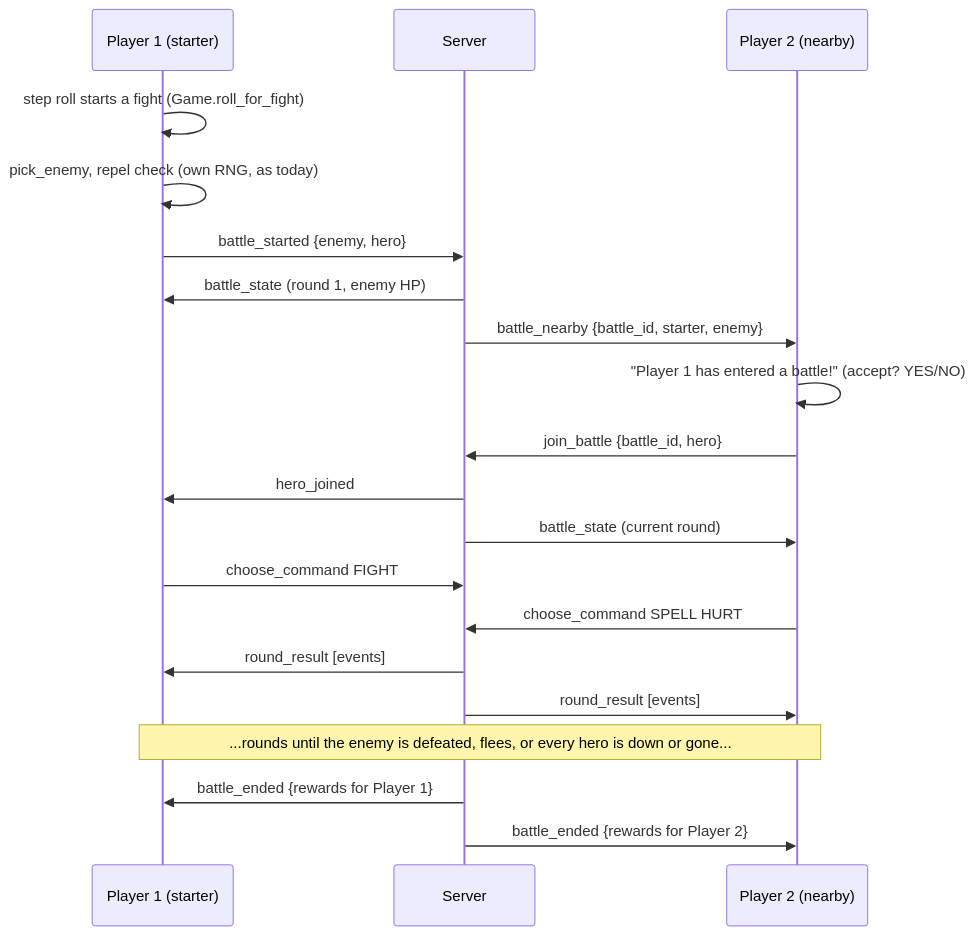
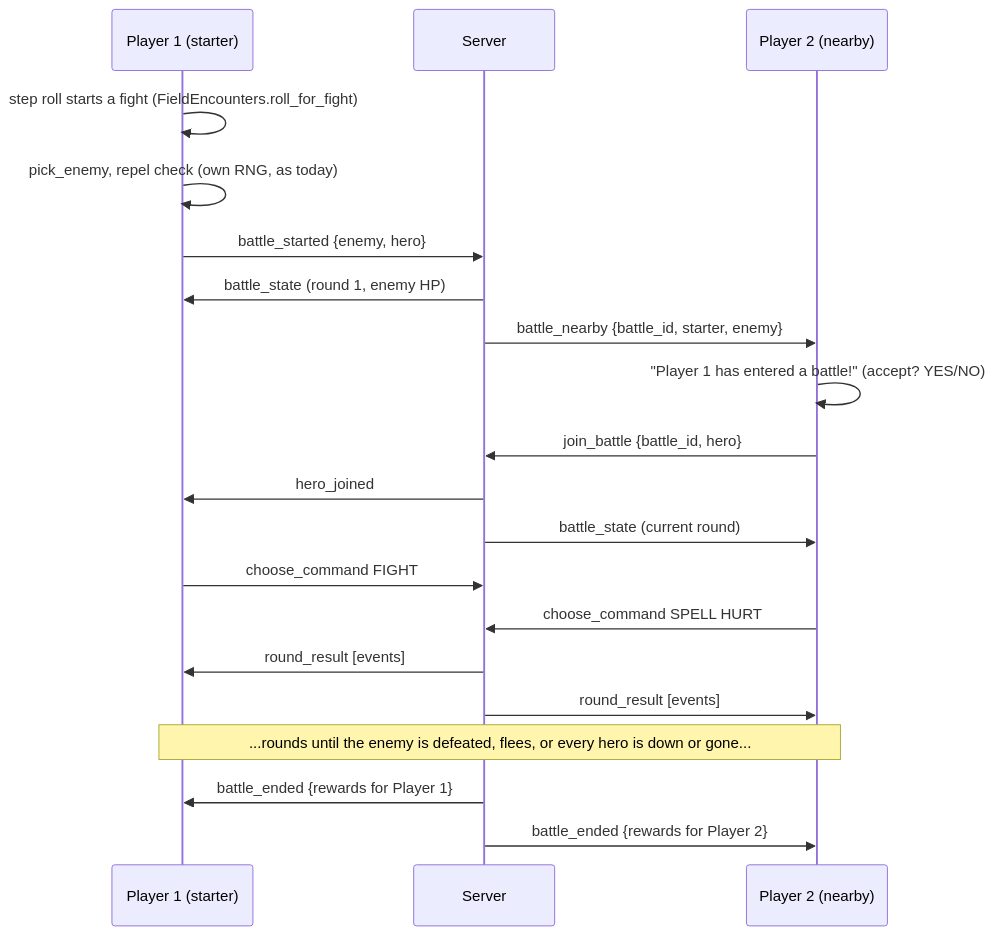
Before and after one commit to eforgacs-games/Dragon_Warrior: the diagram in docs/multiplayer.md, drawn with Mermaid. The commit also changed other lines of this file and 2 other files, not shown here.

Commit message:
Docs: point at the step, encounter, damage and death modules

````diff
--- a/docs/multiplayer.md
+++ b/docs/multiplayer.md
@@ -165,22 +165,22 @@
 ```mermaid
 sequenceDiagram
     participant A as Player 1 (starter)
     participant S as Server
     participant B as Player 2 (nearby)
-    A->>A: step roll starts a fight (Game.roll_for_fight)
+    A->>A: step roll starts a fight (FieldEncounters.roll_for_fight)
     A->>A: pick_enemy, repel check (own RNG, as today)
     A->>S: battle_started {enemy, hero}
     S->>A: battle_state (round 1, enemy HP)
     S->>B: battle_nearby {battle_id, starter, enemy}
     B->>B: "Player 1 has entered a battle!" (accept? YES/NO)
     B->>S: join_battle {battle_id, hero}
     S->>A: hero_joined
     S->>B: battle_state (current round)
     A->>S: choose_command FIGHT
     B->>S: choose_command SPELL HURT
     S->>A: round_result [events]
     S->>B: round_result [events]
     Note over A,B: ...rounds until the enemy is defeated, flees, or every hero is down or gone...
     S->>A: battle_ended {rewards for Player 1}
     S->>B: battle_ended {rewards for Player 2}
 ```
````
